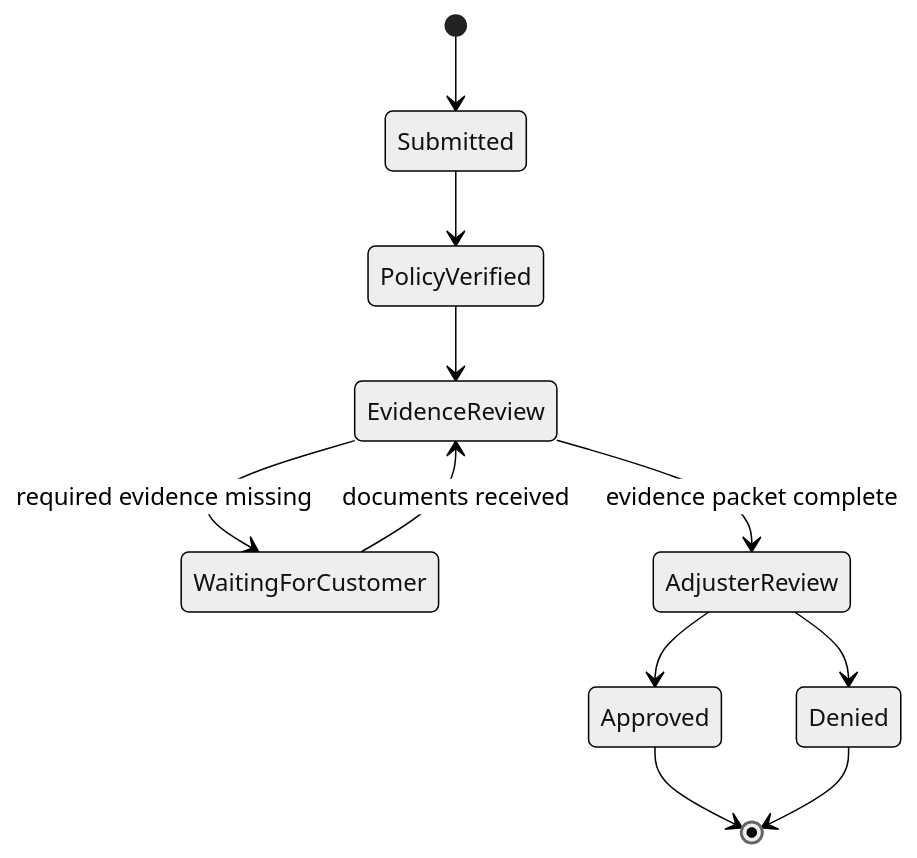
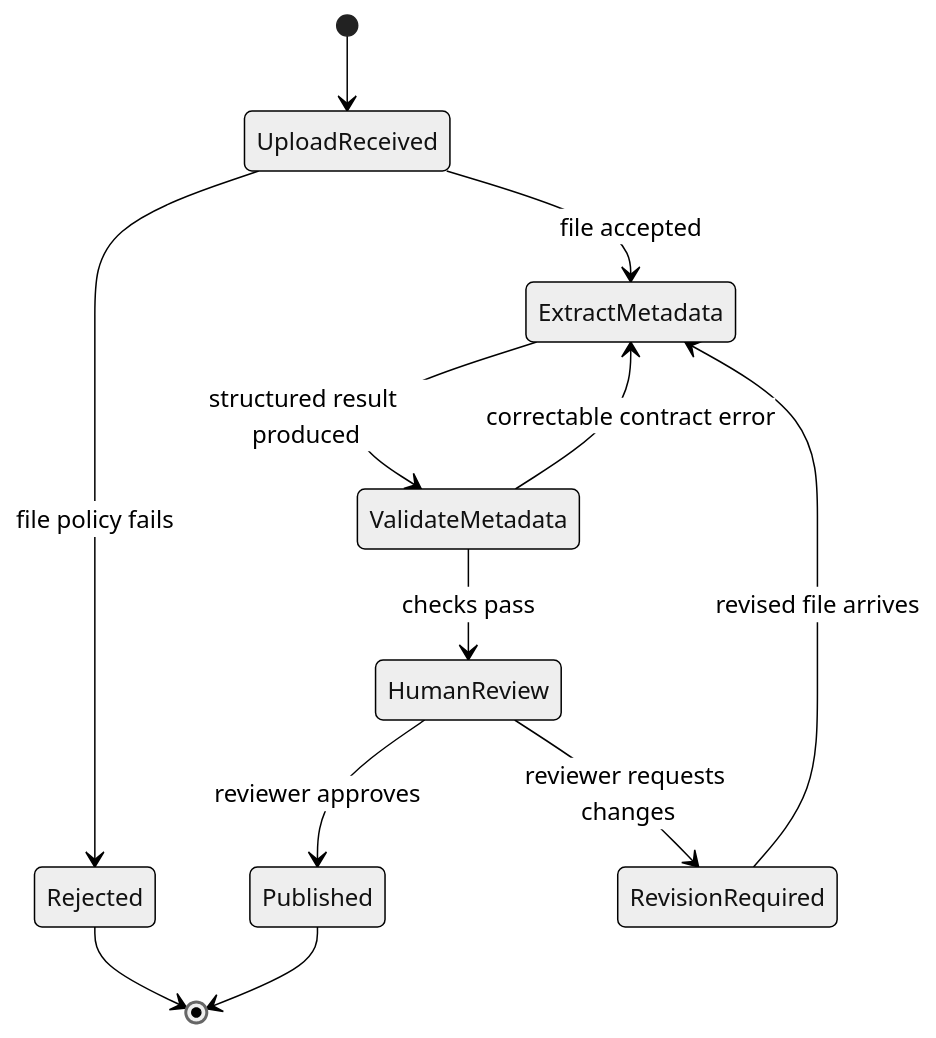
One commit to senlinyy/dev-roadmaps changed the third of 13 diagrams in roadmaps/mlops/modules/llmops/llm-app-foundations/03-workflows-and-agents.md. Above: the diagram before and after it, drawn with Mermaid (neutral theme). The commit also changed other lines of this file and 198 other files, not shown here.

````diff
--- a/roadmaps/mlops/modules/llmops/llm-app-foundations/03-workflows-and-agents.md
+++ b/roadmaps/mlops/modules/llmops/llm-app-foundations/03-workflows-and-agents.md
@@ -52,13 +153,14 @@
 ```mermaid
 stateDiagram-v2
-    [*] --> Submitted
-    Submitted --> PolicyVerified
-    PolicyVerified --> EvidenceReview
-    EvidenceReview --> WaitingForCustomer: required evidence missing
-    WaitingForCustomer --> EvidenceReview: documents received
-    EvidenceReview --> AdjusterReview: evidence packet complete
-    AdjusterReview --> Approved
-    AdjusterReview --> Denied
-    Approved --> [*]
-    Denied --> [*]
+    [*] --> UploadReceived
+    UploadReceived --> Rejected: file policy fails
+    UploadReceived --> ExtractMetadata: file accepted
+    ExtractMetadata --> ValidateMetadata: structured result produced
+    ValidateMetadata --> ExtractMetadata: correctable contract error
+    ValidateMetadata --> HumanReview: checks pass
+    HumanReview --> Published: reviewer approves
+    HumanReview --> RevisionRequired: reviewer requests changes
+    RevisionRequired --> ExtractMetadata: revised file arrives
+    Published --> [*]
+    Rejected --> [*]
 ```
````
